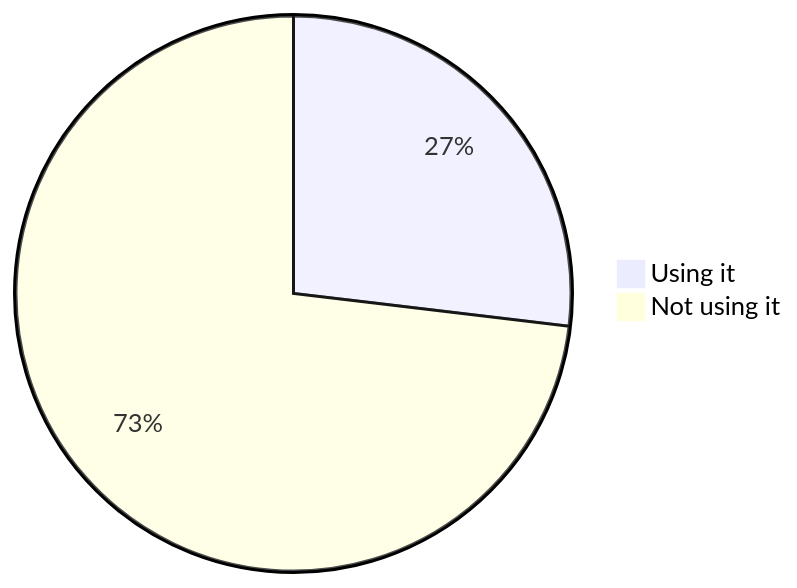
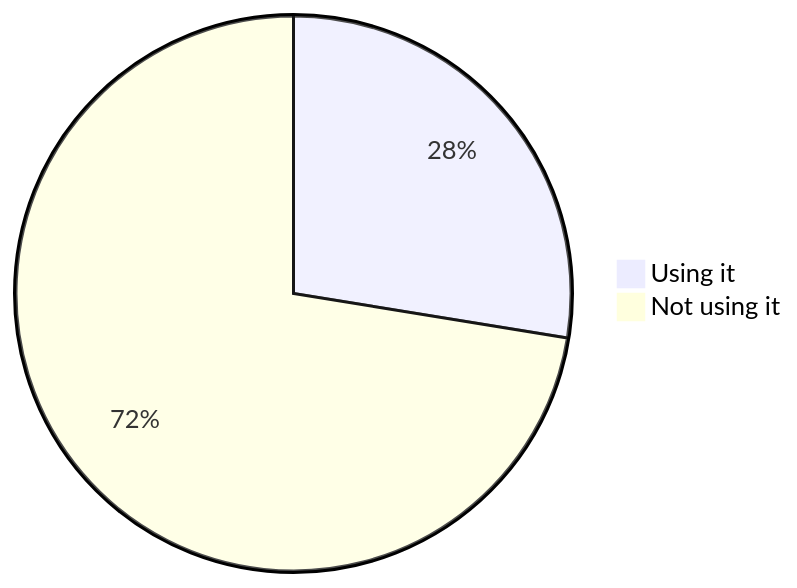
Diagram 15 of 22 in stats.md (oshp/oshp-stats), drawn with Mermaid before and after one commit. The commit also changed other lines of this file, not shown here.

````diff
--- a/stats.md
+++ b/stats.md
@@ -178,6 +178,6 @@
 ```mermaid
 pie
-	"Using it" : 26.88
-	"Not using it" : 73.12
+	"Using it" : 27.56
+	"Not using it" : 72.44
 
 ```
````
